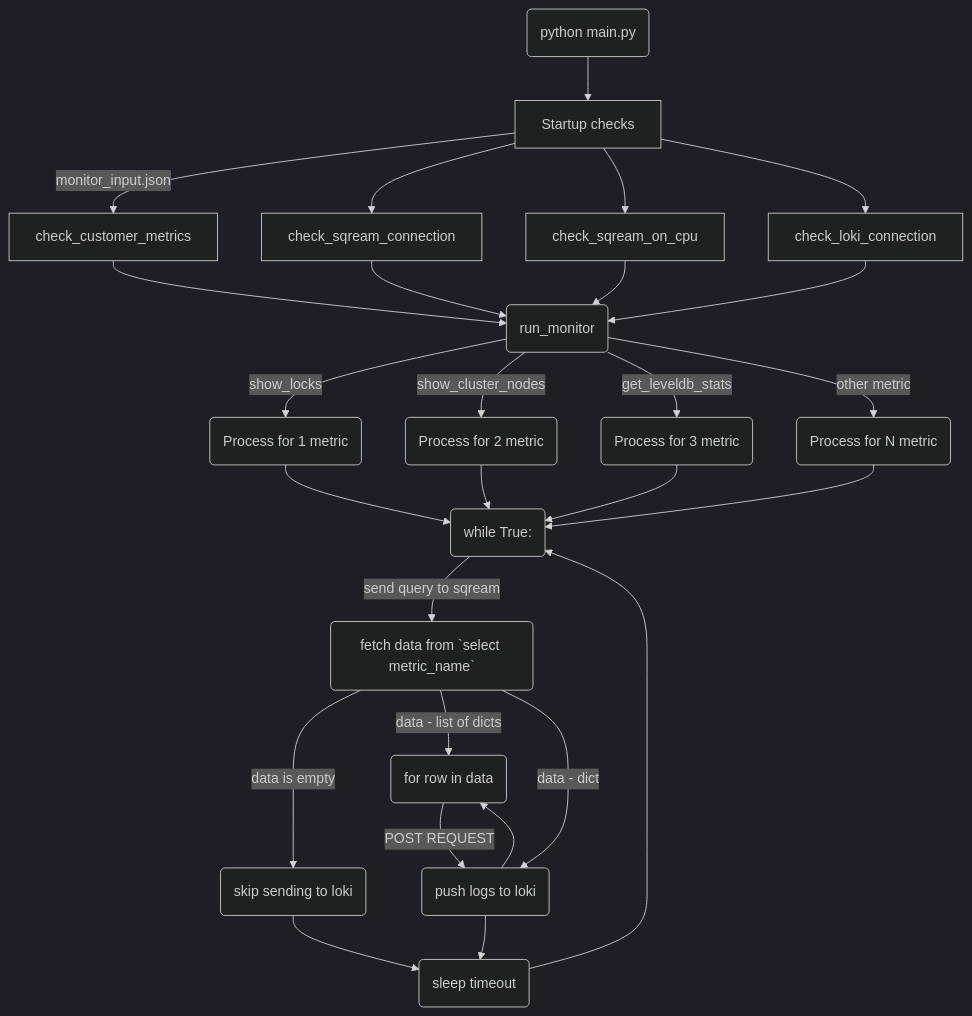
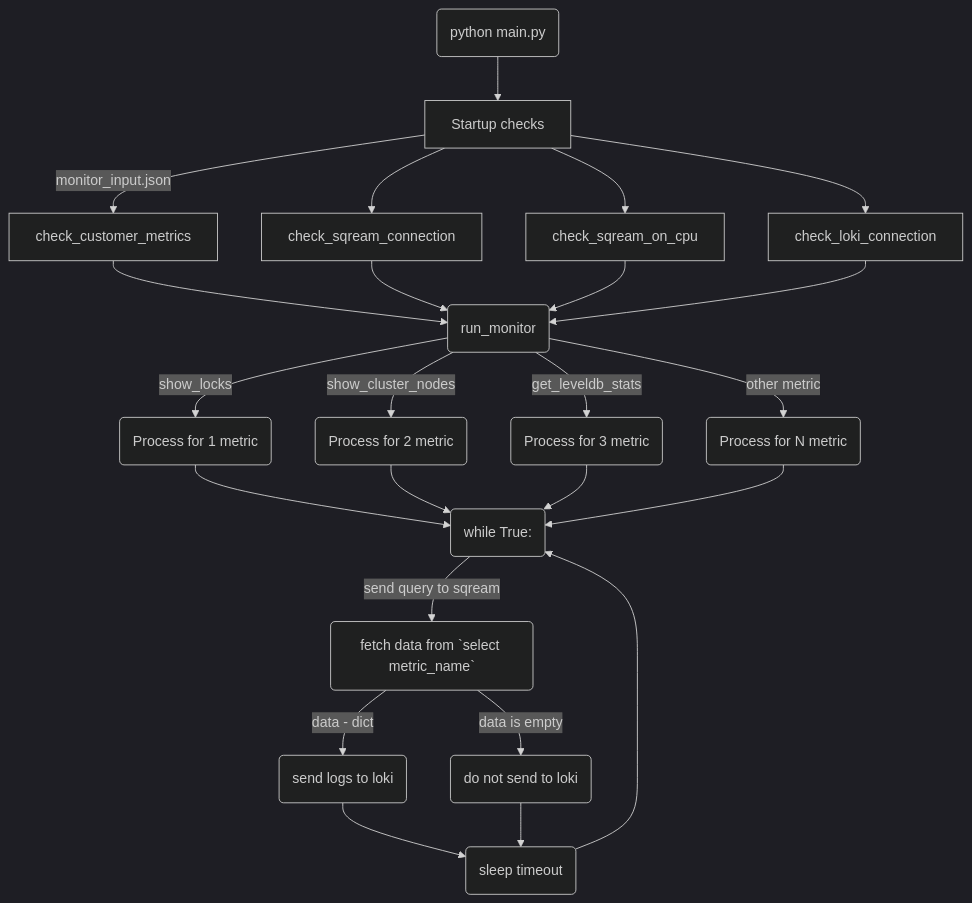
Before and after one commit to honsour72/monitor_service: the diagram in README.md, drawn with Mermaid (dark theme). The commit also changed 1 other file, not shown here.

Commit message:
fix(loki): change log line from str() to json.dumps() + avoid HTTP 429

````diff
--- a/README.md
+++ b/README.md
@@ -156,29 +156,26 @@
 ```mermaid
 graph TB
 A(python main.py) --> B[Startup checks]
 B -->|monitor_input.json| B1[check_customer_metrics]
 B --> B2[check_sqream_connection]
 B --> B3[check_sqream_on_cpu]
 B --> B4[check_loki_connection]
 B1 --> C(run_monitor)
 B2 --> C(run_monitor)
 B3 --> C(run_monitor)
 B4 --> C(run_monitor)
 C --> |show_locks| D1(Process for 1 metric)
 C --> |show_cluster_nodes| D2(Process for 2 metric)
 C --> |get_leveldb_stats| D3(Process for 3 metric)
 C --> |other metric| D4(Process for N metric)
 D1 --> E(while True:)
 D2 --> E(while True:)
 D3 --> E(while True:)
 D4 --> E(while True:)
 E --> |send query to sqream| F(fetch data from `select metric_name`)
-F --> |data is empty| S(skip sending to loki)
-F --> |data - list of dicts| L(for row in data)
-L --> |POST REQUEST| G
+F --> |data is empty| S(do not send to loki)
 G --> H(sleep timeout)
-F --> |data - dict| G(push logs to loki)
-G --> L
+F --> |data - dict| G(send logs to loki)
 S --> H
 H --> E
 ```
````
